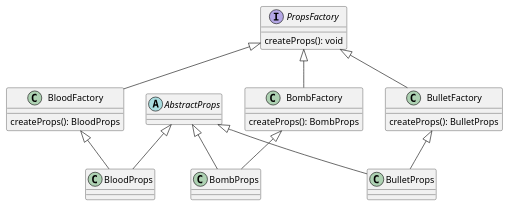
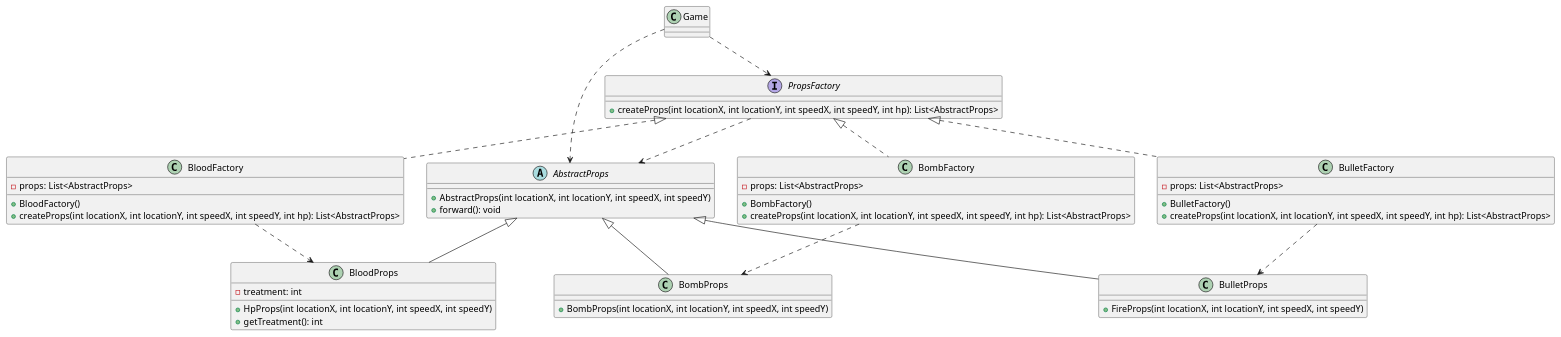
Before and after one commit to Pockern/AircraftWar: the diagram in uml/propsFactory.puml, drawn with PlantUML. The commit also changed 7 other files, not shown here.

Commit message:
exp2 with uml

```diff
--- a/uml/propsFactory.puml
+++ b/uml/propsFactory.puml
@@ -1,48 +1,70 @@
 @startuml
 'https://plantuml.com/class-diagram
 
-PropsFactory <|-- BloodFactory
-PropsFactory <|-- BombFactory
-PropsFactory <|-- BulletFactory
+Game ..> PropsFactory
+Game ..> AbstractProps
+
+PropsFactory ..> AbstractProps
+
+PropsFactory <|.. BloodFactory
+PropsFactory <|.. BombFactory
+PropsFactory <|.. BulletFactory
 
 AbstractProps <|-- BloodProps
 AbstractProps <|-- BombProps
 AbstractProps <|-- BulletProps
 
-BloodFactory <|-- BloodProps
-BombFactory <|-- BombProps
-BulletFactory <|-- BulletProps
+BloodFactory  ..> BloodProps
+BombFactory   ..> BombProps
+BulletFactory ..> BulletProps
+
+class Game {
+
+}
 
 interface PropsFactory {
-    createProps(): void
+    + createProps(int locationX, int locationY, int speedX, int speedY, int hp): List<AbstractProps>
 }
 
 class BloodFactory {
-    createProps(): BloodProps
+    - props: List<AbstractProps>
+    + BloodFactory()
+    + createProps(int locationX, int locationY, int speedX, int speedY, int hp): List<AbstractProps>
 }
 
 class BombFactory {
-    createProps(): BombProps
+    - props: List<AbstractProps>
+    + BombFactory()
+    + createProps(int locationX, int locationY, int speedX, int speedY, int hp): List<AbstractProps>
 }
 
 class BulletFactory {
-    createProps(): BulletProps
+    - props: List<AbstractProps>
+    + BulletFactory()
+    + createProps(int locationX, int locationY, int speedX, int speedY, int hp): List<AbstractProps>
 }
 
 abstract class AbstractProps {
 
+    + AbstractProps(int locationX, int locationY, int speedX, int speedY)
+    + forward(): void
 }
 
 class BloodProps {
+    -treatment: int
 
+    + HpProps(int locationX, int locationY, int speedX, int speedY)
+    + getTreatment(): int
 }
 
 class BombProps {
 
+    + BombProps(int locationX, int locationY, int speedX, int speedY)
 }
 
 class BulletProps {
 
+    + FireProps(int locationX, int locationY, int speedX, int speedY)
 }
 
 @enduml
```
